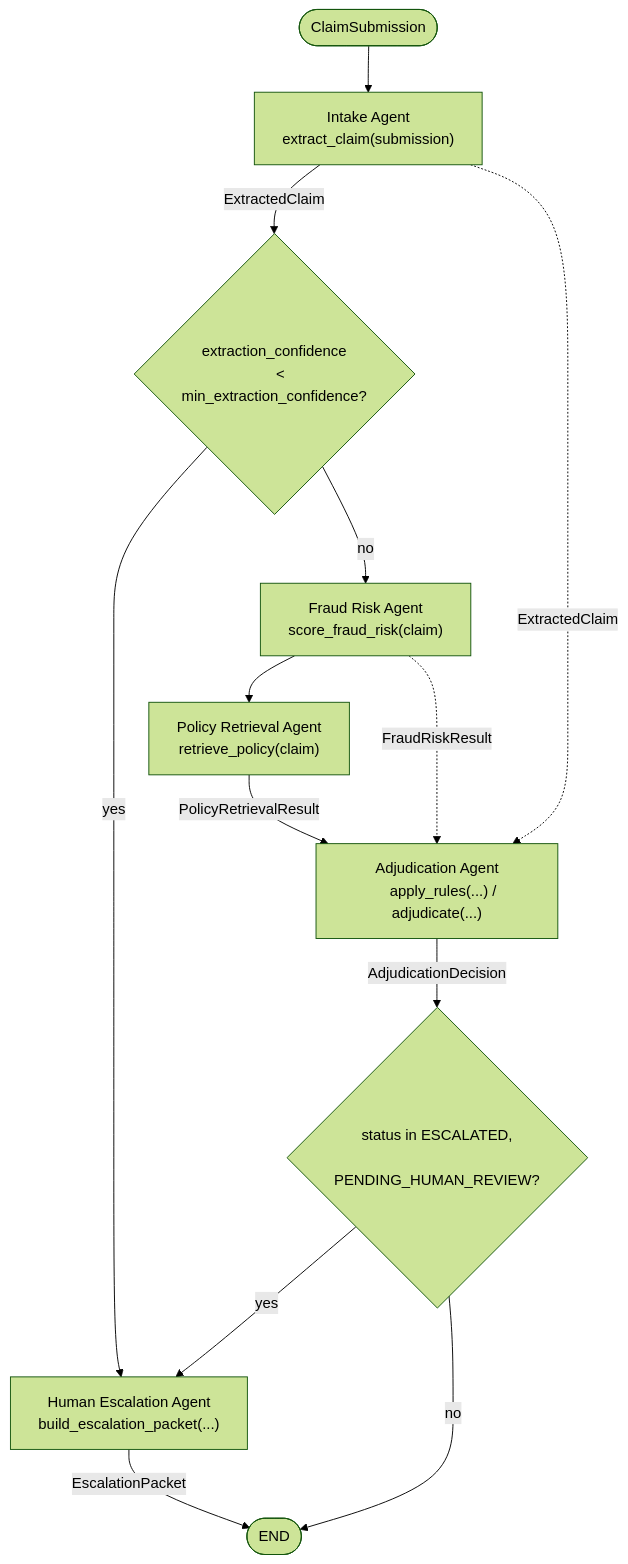
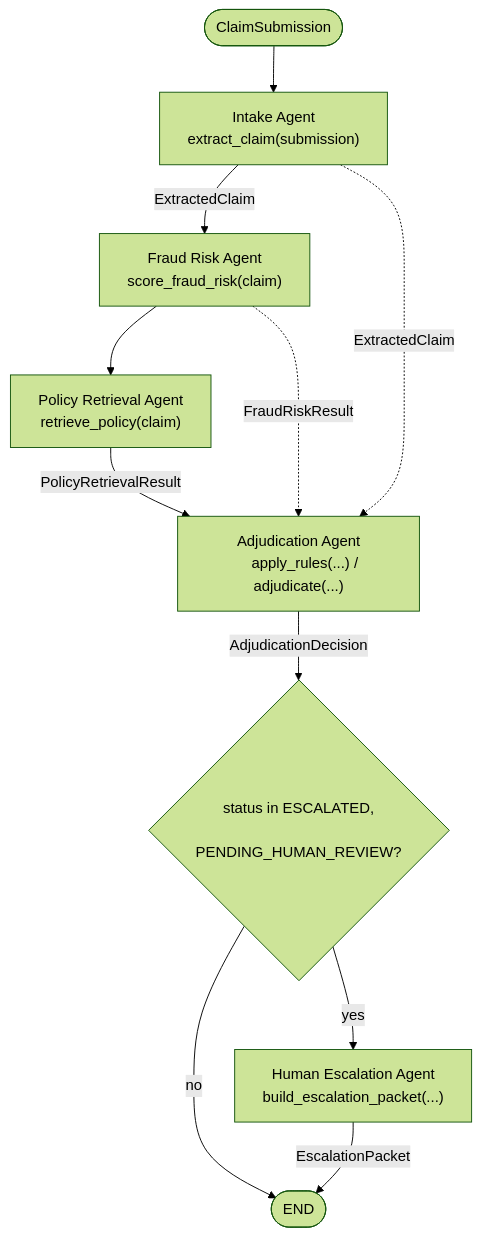
Before and after one commit to OmarMohamed7/claims-triage: the diagram in PLAN.md, drawn with Mermaid (forest theme). The commit also changed other lines of this file and 17 other files, not shown here.

First line of the commit message:
Refactor claims triage pipeline: streamline flow, enhance error handling, and improve model training

````diff
--- a/PLAN.md
+++ b/PLAN.md
@@ -10,37 +10,32 @@
 ```mermaid
 flowchart TD
     Submission(["ClaimSubmission"]) --> Intake
 
     Intake["Intake Agent
     extract_claim(submission)"]
-    Intake -->|ExtractedClaim| ConfCheck
-
-    ConfCheck{"extraction_confidence
-    < min_extraction_confidence?"}
-    ConfCheck -->|yes| HumanEsc
-    ConfCheck -->|no| FraudRisk
+    Intake -->|ExtractedClaim| FraudRisk
 
     FraudRisk["Fraud Risk Agent
     score_fraud_risk(claim)"]
     FraudRisk --> PolicyRetrieval
 
     PolicyRetrieval["Policy Retrieval Agent
     retrieve_policy(claim)"]
 
     PolicyRetrieval -->|PolicyRetrievalResult| Adjudication
     FraudRisk -.->|FraudRiskResult| Adjudication
     Intake -.->|ExtractedClaim| Adjudication
 
     Adjudication["Adjudication Agent
     apply_rules(...) / adjudicate(...)"]
     Adjudication -->|AdjudicationDecision| StatusCheck
 
     StatusCheck{"status in ESCALATED,
     PENDING_HUMAN_REVIEW?"}
     StatusCheck -->|yes| HumanEsc
     StatusCheck -->|no| End(["END"])
 
     HumanEsc["Human Escalation Agent
     build_escalation_packet(...)"]
     HumanEsc -->|EscalationPacket| End
 ```
````
